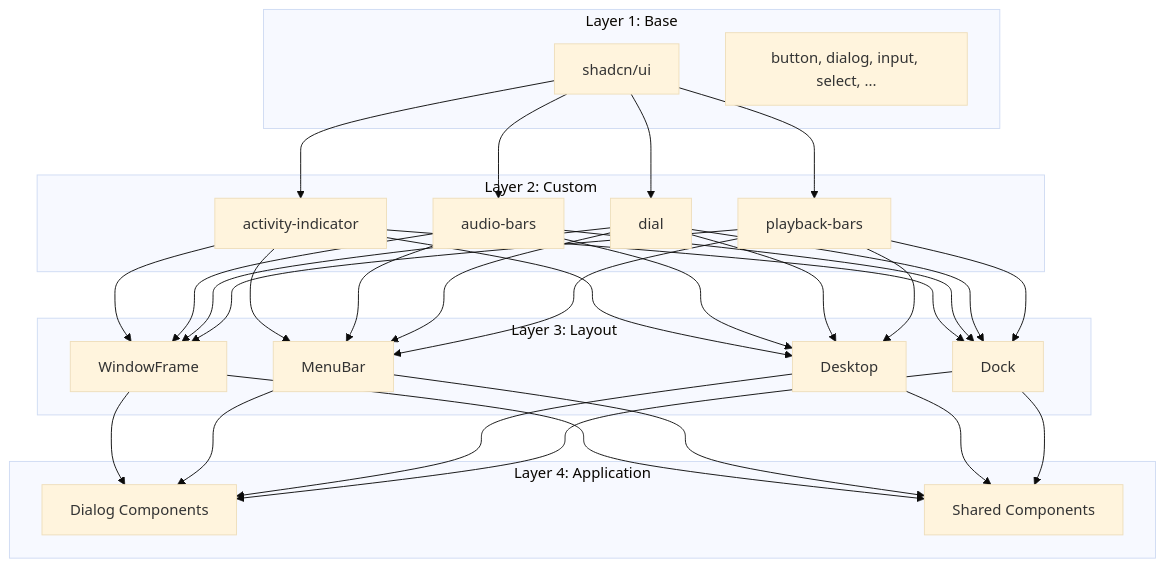
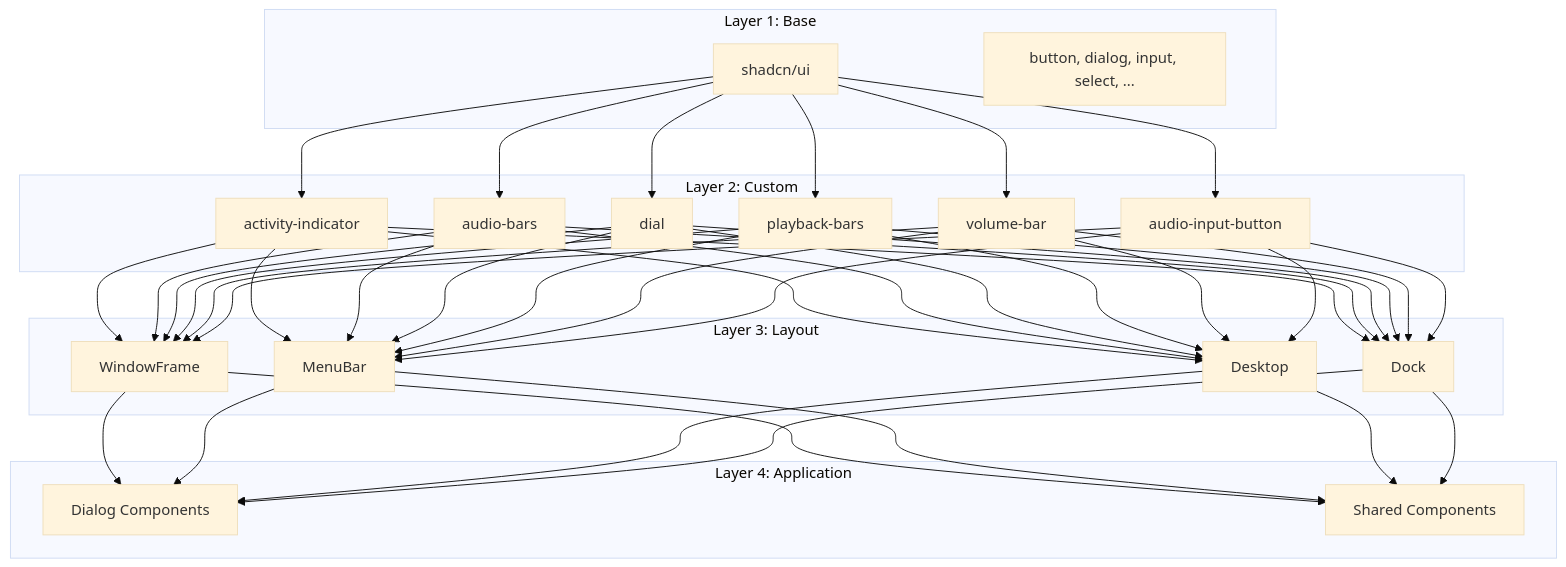
One commit to ryokun6/ryos changed the second of 2 diagrams in docs/7-ui-components.md. Above: the diagram before and after it, drawn with Mermaid (base theme). The commit also changed other lines of this file and 54 other files, not shown here.

````diff
--- a/docs/7-ui-components.md
+++ b/docs/7-ui-components.md
@@ -53,30 +53,32 @@
 ```mermaid
 graph TD
     subgraph Layer 4: Application
         D1[Dialog Components]
         D2[Shared Components]
     end
     
     subgraph Layer 3: Layout
         C1[WindowFrame]
         C2[MenuBar]
         C3[Desktop]
         C4[Dock]
     end
     
     subgraph Layer 2: Custom
         B1[activity-indicator]
         B2[audio-bars]
         B3[dial]
         B4[playback-bars]
+        B5[volume-bar]
+        B6[audio-input-button]
     end
     
     subgraph Layer 1: Base
         A1[shadcn/ui]
         A2[button, dialog, input, select, ...]
     end
     
-    A1 --> B1 & B2 & B3 & B4
-    B1 & B2 & B3 & B4 --> C1 & C2 & C3 & C4
+    A1 --> B1 & B2 & B3 & B4 & B5 & B6
+    B1 & B2 & B3 & B4 & B5 & B6 --> C1 & C2 & C3 & C4
     C1 & C2 & C3 & C4 --> D1 & D2
 ```
````
